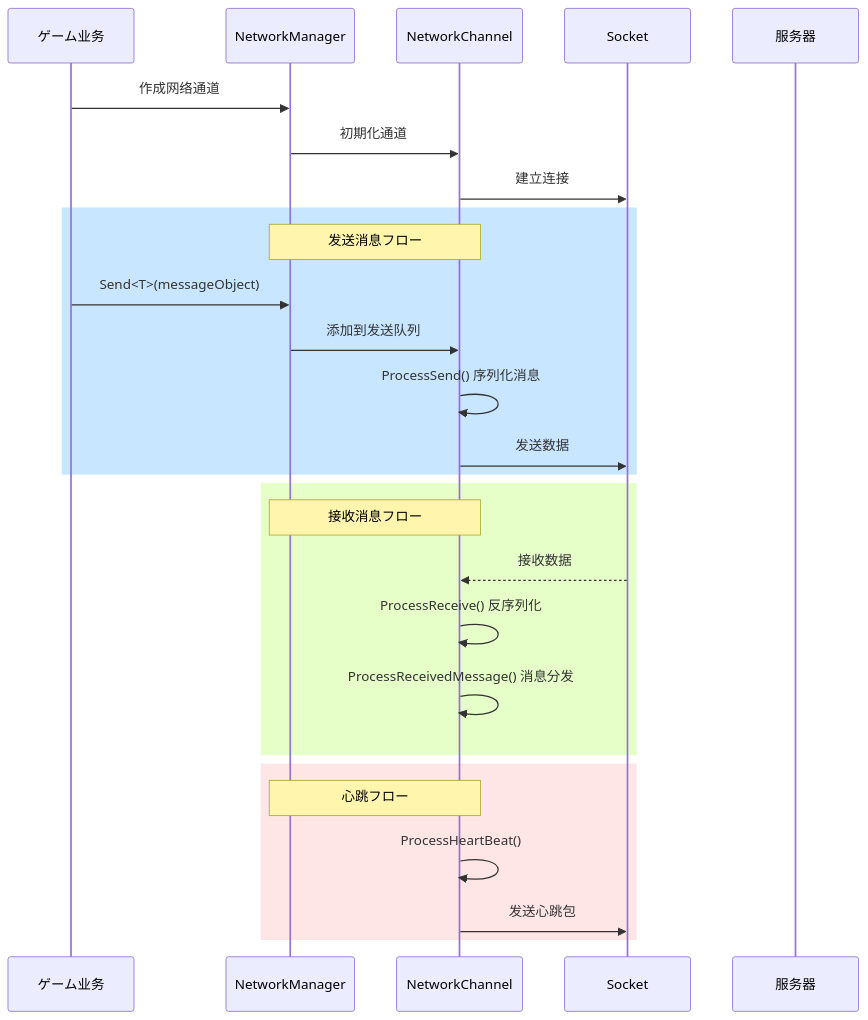
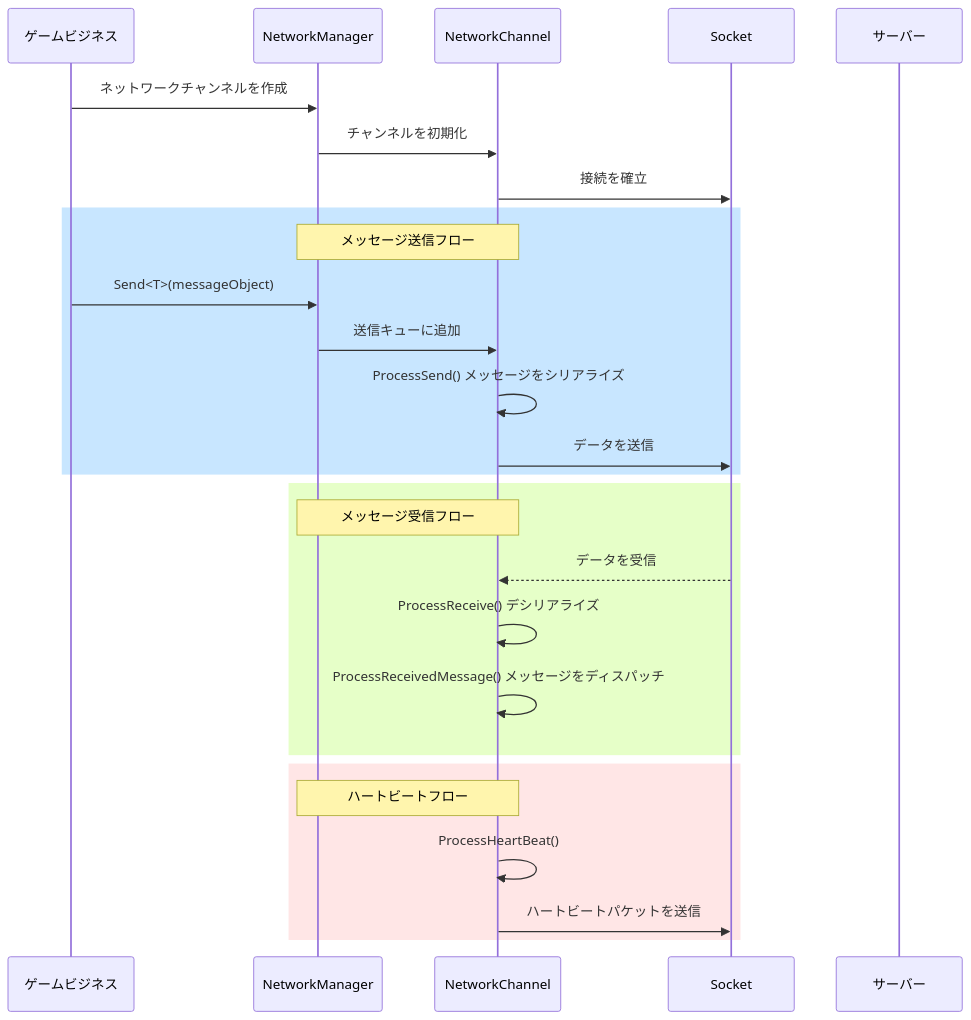
One commit to AlianBlank/GameFrameX.Docs changed the second of 3 diagrams in docs/ja/client/unity/component/network/04.network-manager.md. Above: the diagram before and after it, drawn with Mermaid. The commit also changed other lines of this file and 320 other files, not shown here.

````diff
--- a/docs/ja/client/unity/component/network/04.network-manager.md
+++ b/docs/ja/client/unity/component/network/04.network-manager.md
@@ -84,33 +84,33 @@
 ```mermaid
 sequenceDiagram
-    participant Game as ゲーム业务
+    participant Game as ゲームビジネス
     participant NM as NetworkManager
     participant NC as NetworkChannel
     participant Socket as Socket
-    participant Server as 服务器
+    participant Server as サーバー
 
-    Game->>NM: 作成网络通道
-    NM->>NC: 初期化通道
-    NC->>Socket: 建立连接
+    Game->>NM: ネットワークチャンネルを作成
+    NM->>NC: チャンネルを初期化
+    NC->>Socket: 接続を確立
     
     rect rgb(200, 230, 255)
-        Note over NM,NC: 发送消息フロー
+        Note over NM,NC: メッセージ送信フロー
         Game->>NM: Send<T>(messageObject)
-        NM->>NC: 添加到发送队列
-        NC->>NC: ProcessSend() 序列化消息
-        NC->>Socket: 发送数据
+        NM->>NC: 送信キューに追加
+        NC->>NC: ProcessSend() メッセージをシリアライズ
+        NC->>Socket: データを送信
     end
     
     rect rgb(230, 255, 200)
-        Note over NM,NC: 接收消息フロー
-        Socket-->>NC: 接收数据
-        NC->>NC: ProcessReceive() 反序列化
-        NC->>NC: ProcessReceivedMessage() 消息分发
+        Note over NM,NC: メッセージ受信フロー
+        Socket-->>NC: データを受信
+        NC->>NC: ProcessReceive() デシリアライズ
+        NC->>NC: ProcessReceivedMessage() メッセージをディスパッチ
     end
     
     rect rgb(255, 230, 230)
-        Note over NM,NC: 心跳フロー
+        Note over NM,NC: ハートビートフロー
         NC->>NC: ProcessHeartBeat()
-        NC->>Socket: 发送心跳包
+        NC->>Socket: ハートビートパケットを送信
     end
 ```
````
